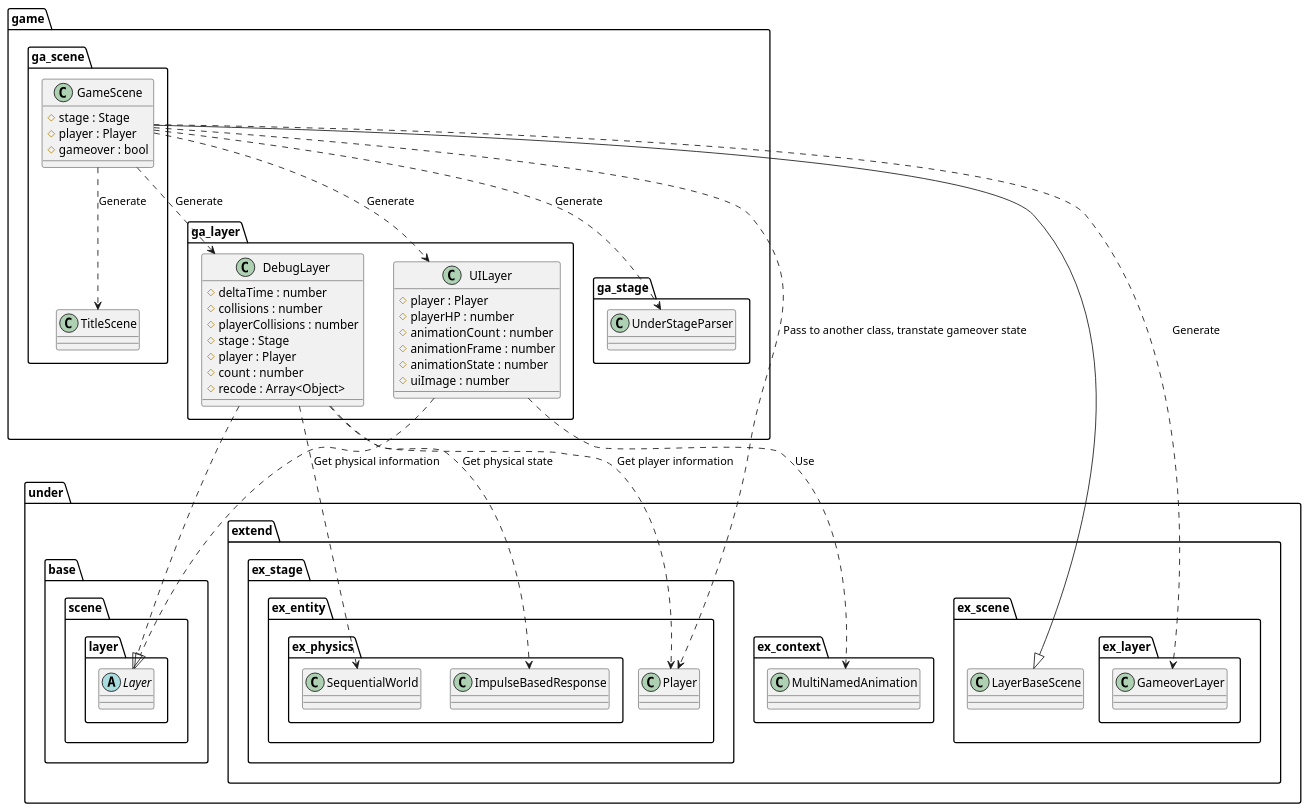
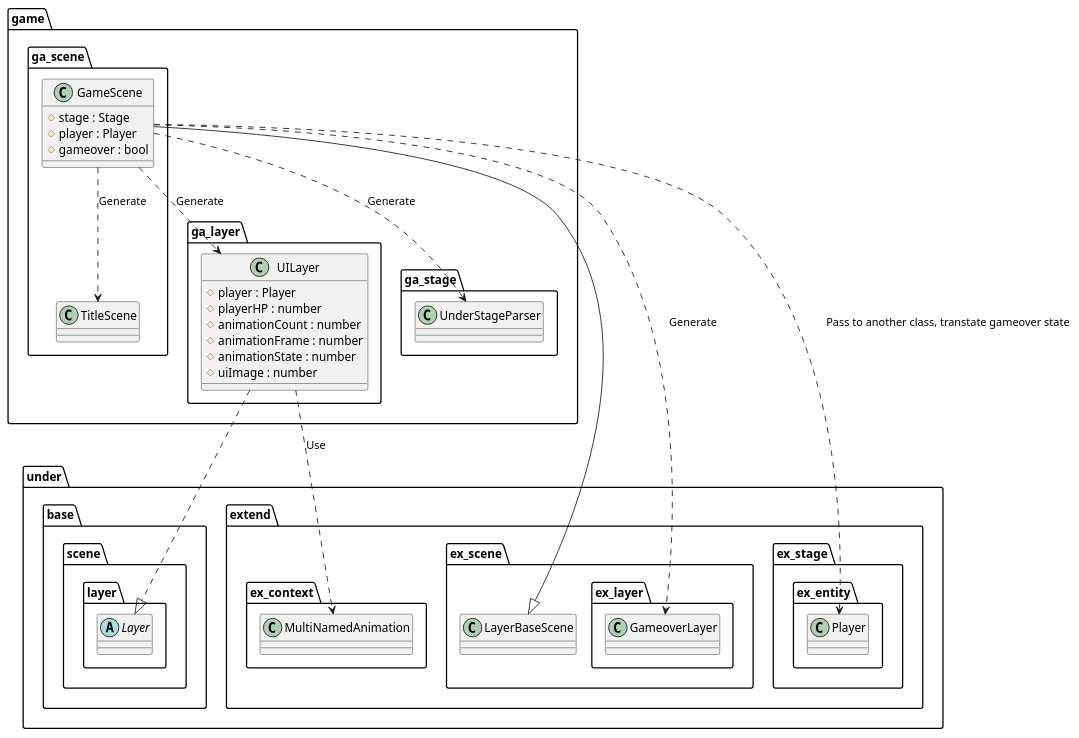
The diagram in uml/scene/Game.wsd (Expine/Under), drawn with PlantUML before and after one commit. The commit also changed 18 other files, not shown here.

Commit message:
Add comment to collider and fix uml

```diff
--- a/uml/scene/Game.wsd
+++ b/uml/scene/Game.wsd
@@ -1,89 +1,70 @@
 @startuml SceneGame
 
 package game {
     package ga_layer {
-        class DebugLayer {
-            #deltaTime : number
-            #collisions : number
-            #playerCollisions : number
-            #stage : Stage
-            #player : Player
-            #count : number
-            #recode : Array<Object>
-        }
         class UILayer {
             #player : Player
             #playerHP : number
             #animationCount : number
             #animationFrame : number
             #animationState : number
             #uiImage : number
         }
     }
     package ga_scene {
         class GameScene {
             #stage : Stage
             #player : Player
             #gameover : bool
         }
     }
 }
 
 package under {
     package base {
         package scene {
             package layer {
                 abstract Layer
             }
         }
     }
 
     package extend {
         package ex_context {
             class MultiNamedAnimation
         }
         package ex_scene {
             class LayerBaseScene
             package ex_layer {
                 class GameoverLayer
             }
         }
         package ex_stage {
             package ex_entity {
                 class Player
-                package ex_physics {
-                    class SequentialWorld
-                    class ImpulseBasedResponse
-                }
             }
         }
     }
 }
 
 package game {
     package ga_scene {
         class TitleScene
     }
     package ga_stage {
         class UnderStageParser
     }
 }
 
 GameScene ..> UnderStageParser : Generate
-GameScene ..> DebugLayer : Generate
 GameScene ..> UILayer : Generate
 GameScene ..> GameoverLayer : Generate
 GameScene ..> Player : Pass to another class, transtate gameover state
 GameScene ..> TitleScene : Generate
 
-DebugLayer ..> Player : Get player information
-DebugLayer ..> ImpulseBasedResponse : Get physical state
-DebugLayer ..> SequentialWorld : Get physical information
-
 UILayer ..> MultiNamedAnimation : Use
 
 GameScene --|> LayerBaseScene
-DebugLayer ..|> Layer
 UILayer ..|> Layer
 
 @enduml
```
